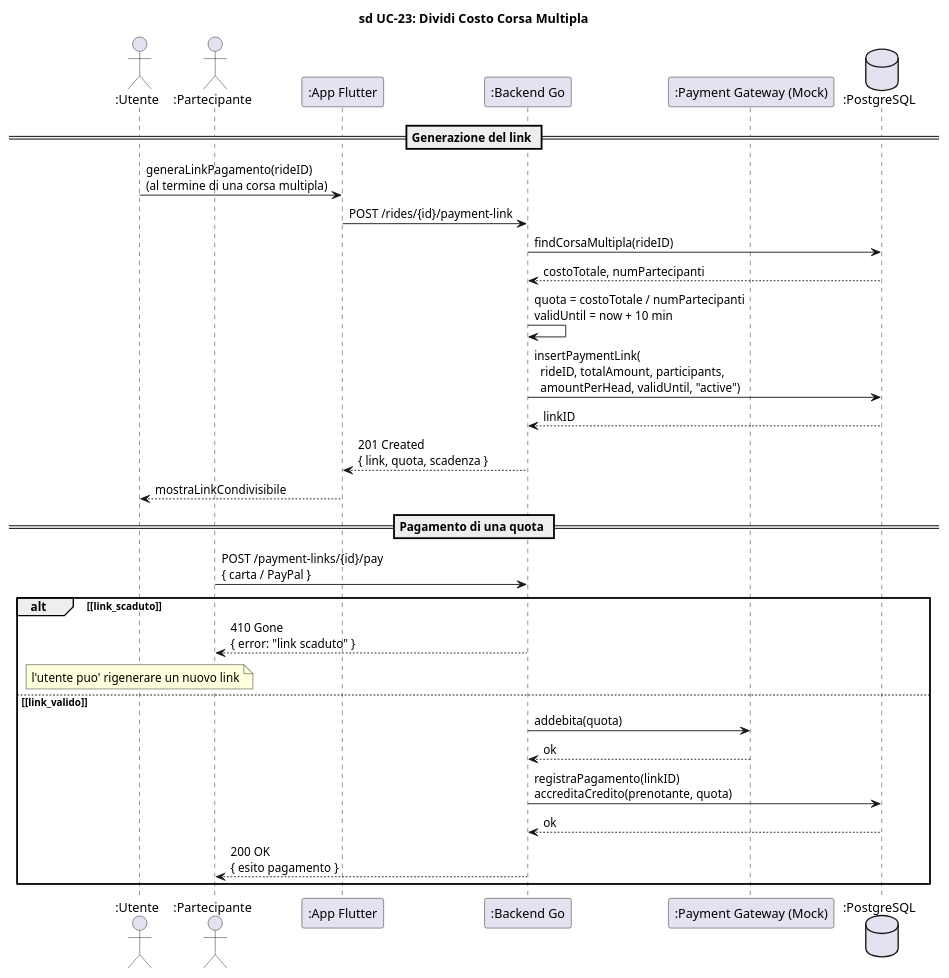
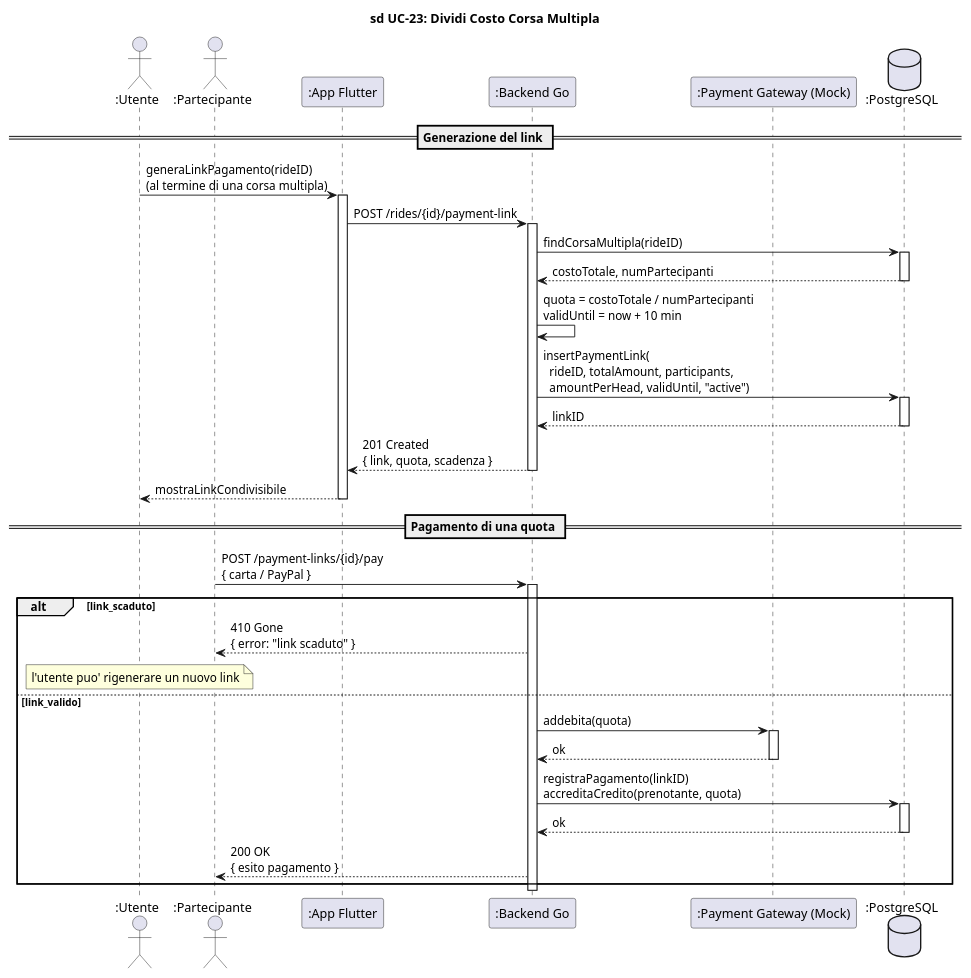
Before and after one commit to Lorisforse/Zipply: the diagram in docs/diagrams/puml/Sprint 2/sd_UC23_DividiCosto.puml, drawn with PlantUML. The commit also changed 65 other files, not shown here.

Commit message:
Aggiunta UML sprint 3

```diff
--- a/docs/diagrams/puml/Sprint 2/sd_UC23_DividiCosto.puml
+++ b/docs/diagrams/puml/Sprint 2/sd_UC23_DividiCosto.puml
@@ -1,47 +1,62 @@
 @startuml sd_UC23_DividiCosto
 
 title sd UC-23: Dividi Costo Corsa Multipla
 
 skinparam hyperlinkColor black
 skinparam hyperlinkUnderline false
 
 actor ":Utente" as Utente
 actor ":Partecipante" as Part
 participant ":App Flutter" as App
 participant ":Backend Go" as Backend
 participant ":Payment Gateway (Mock)" as Pay
 database ":PostgreSQL" as DB
 
 == Generazione del link ==
 
 Utente -> App : generaLinkPagamento(rideID)\n(al termine di una corsa multipla)
+activate App
 
 App -> Backend : POST /rides/{id}/payment-link
+activate Backend
 
 Backend -> DB : findCorsaMultipla(rideID)
+activate DB
 DB --> Backend : costoTotale, numPartecipanti
+deactivate DB
 
 Backend -> Backend : quota = costoTotale / numPartecipanti\nvalidUntil = now + 10 min
 
 Backend -> DB : insertPaymentLink(\n  rideID, totalAmount, participants,\n  amountPerHead, validUntil, "active")
+activate DB
 DB --> Backend : linkID
+deactivate DB
 
 Backend --> App : 201 Created\n{ link, quota, scadenza }
+deactivate Backend
 App --> Utente : mostraLinkCondivisibile
+deactivate App
 
 == Pagamento di una quota ==
 
 Part -> Backend : POST /payment-links/{id}/pay\n{ carta / PayPal }
+activate Backend
 
-alt ~[link_scaduto~]
+alt link_scaduto
     Backend --> Part : 410 Gone\n{ error: "link scaduto" }
     note over Utente : l'utente puo' rigenerare un nuovo link
-else ~[link_valido~]
+else link_valido
     Backend -> Pay : addebita(quota)
+    activate Pay
     Pay --> Backend : ok
+    deactivate Pay
     Backend -> DB : registraPagamento(linkID)\naccreditaCredito(prenotante, quota)
+    activate DB
     DB --> Backend : ok
+    deactivate DB
     Backend --> Part : 200 OK\n{ esito pagamento }
 end
 
+deactivate Backend
+
 @enduml
```
